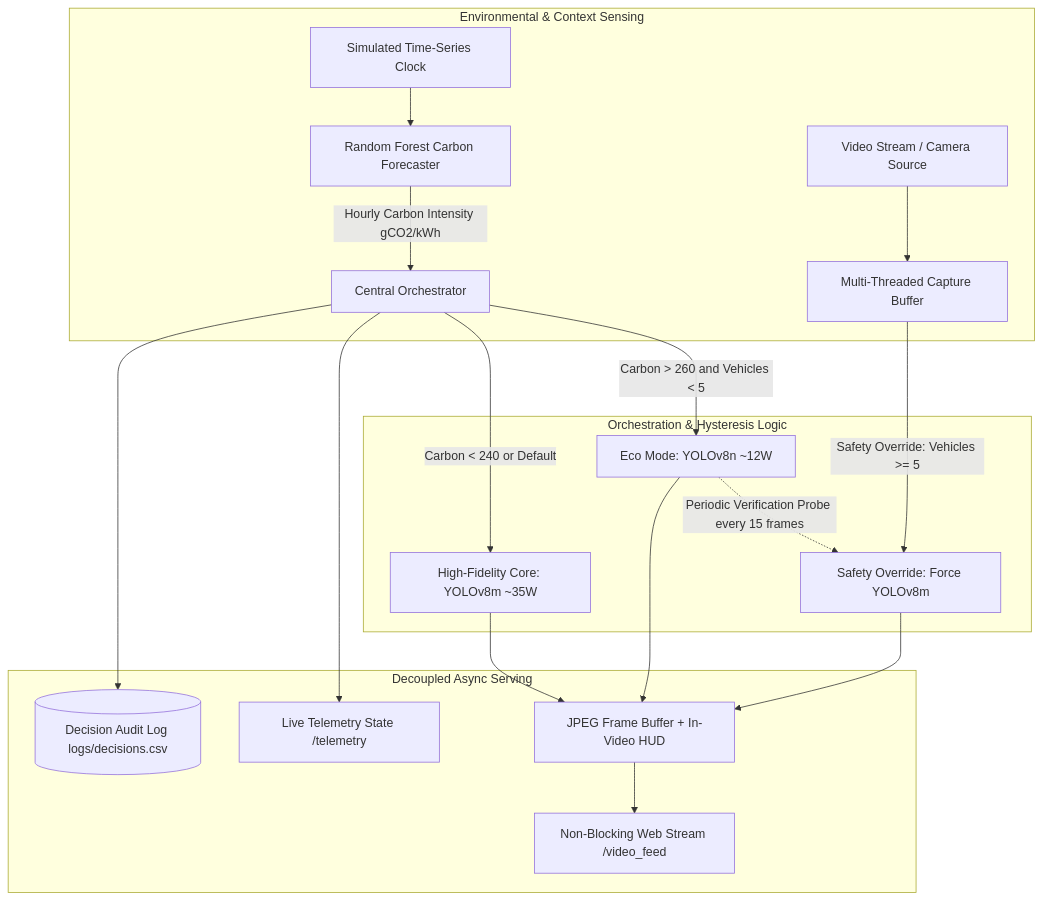
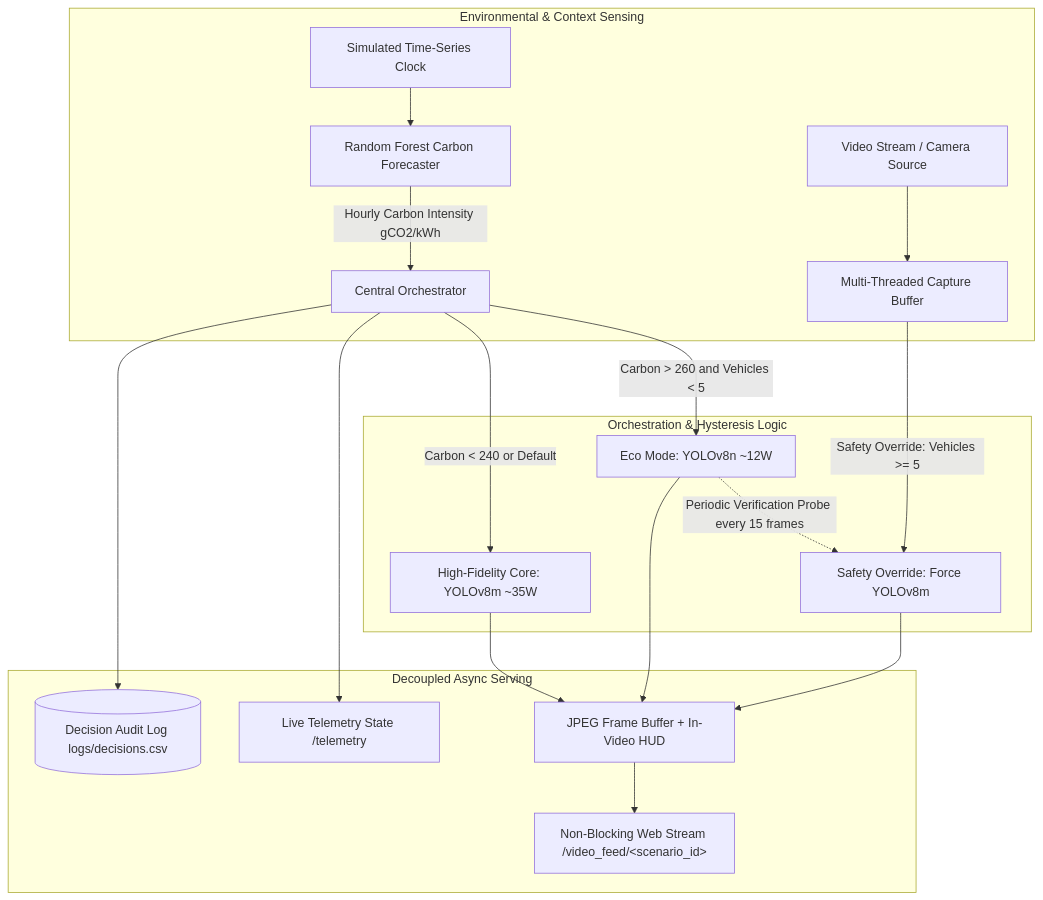
The diagram in README.md (BadamiAmarnath/EcoStream-Edge), drawn with Mermaid before and after one commit. The commit also changed other lines of this file, not shown here.

First line of the commit message:
docs(readme): fix video_feed route and document web endpoints

````diff
--- a/README.md
+++ b/README.md
@@ -14,24 +14,24 @@
 ```mermaid
 flowchart TD
     subgraph DataSensing [Environmental & Context Sensing]
         A[Simulated Time-Series Clock] --> B[Random Forest Carbon Forecaster]
         B -->|Hourly Carbon Intensity gCO2/kWh| C[Central Orchestrator]
         CAM[Video Stream / Camera Source] --> D[Multi-Threaded Capture Buffer]
     end
 
     subgraph DecisionEngine [Orchestration & Hysteresis Logic]
         C -->|Carbon > 260 and Vehicles < 5| E[Eco Mode: YOLOv8n ~12W]
         C -->|Carbon < 240 or Default| F[High-Fidelity Core: YOLOv8m ~35W]
         D -->|Safety Override: Vehicles >= 5| G[Safety Override: Force YOLOv8m]
         E -.->|Periodic Verification Probe every 15 frames| G
     end
 
     subgraph OutputLayer [Decoupled Async Serving]
         E --> H[JPEG Frame Buffer + In-Video HUD]
         F --> H
         G --> H
-        H --> I[Non-Blocking Web Stream /video_feed]
+        H --> I["Non-Blocking Web Stream /video_feed/#lt;scenario_id#gt;"]
         C --> J[Live Telemetry State /telemetry]
         C --> K[(Decision Audit Log logs/decisions.csv)]
     end
 ```
````
